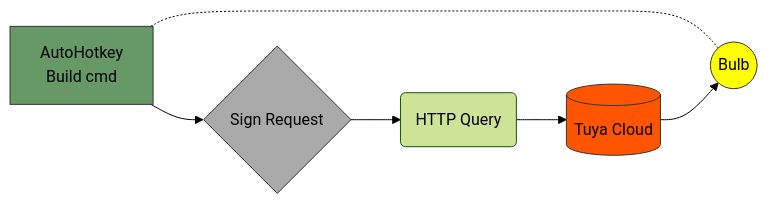
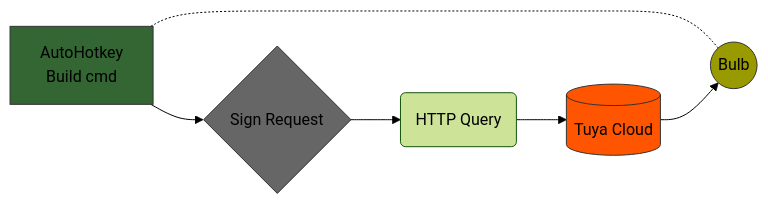
One commit to elModo7/Tuya4AHK changed the first of 2 diagrams in README.md. Above: the diagram before and after it, drawn with Mermaid (forest theme). The commit also changed other lines of this file and 6 other files, not shown here.

````diff
--- a/README.md
+++ b/README.md
@@ -10,17 +10,17 @@
 ```mermaid
 graph LR
 A[AutoHotkey<br>Build cmd] -.- B((Bulb))
 A --> C1{Sign Request}
 C1 --> C(HTTP Query)
 D[(Tuya Cloud)] --> B
 C --> D
 
-classDef ahk fill:#696,stroke:#333;
-classDef bulb fill:#FF0,stroke:#333;
-classDef sign fill:#AAA,stroke:#333;
+classDef ahk fill:#363,stroke:#333;
+classDef bulb fill:#990,stroke:#333;
+classDef sign fill:#666,stroke:#333;
 classDef tuya fill:#F50,stroke:#333;
 class A ahk
 class C1 sign
 class B bulb
 class D tuya
 ```
````
